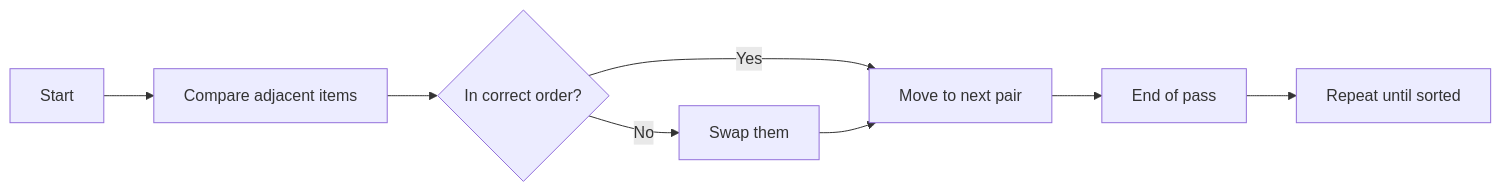
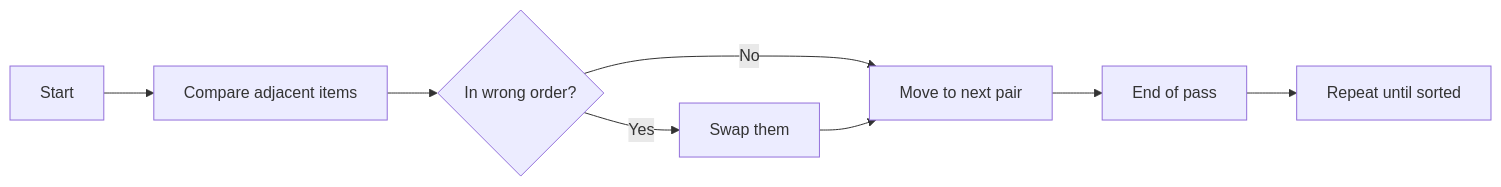
One commit to AnkitKumarSingh11/my-engineering-notebook changed the diagram in docs/data-structures-and-algorithms/sorting/bubble_sort.md. Above: the diagram before and after it, drawn with Mermaid. The commit also changed other lines of this file and 12 other files, not shown here.

````diff
--- a/docs/data-structures-and-algorithms/sorting/bubble_sort.md
+++ b/docs/data-structures-and-algorithms/sorting/bubble_sort.md
@@ -12,10 +12,10 @@
 ```mermaid
 flowchart LR
     A[Start] --> B[Compare adjacent items]
-    B --> C{In correct order?}
-    C -- No --> D[Swap them]
-    C -- Yes --> E[Move to next pair]
+    B --> C{In wrong order?}
+    C -- Yes --> D[Swap them]
+    C -- No --> E[Move to next pair]
     D --> E
     E --> F[End of pass]
     F --> G[Repeat until sorted]
 ```
````
